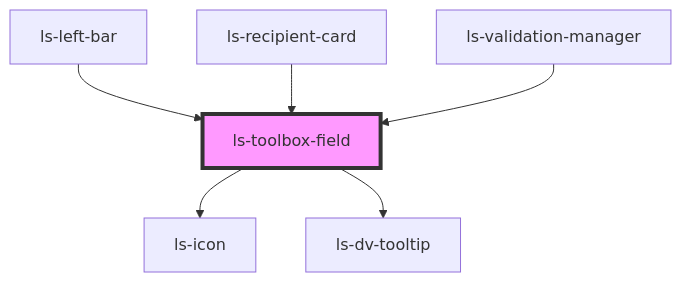
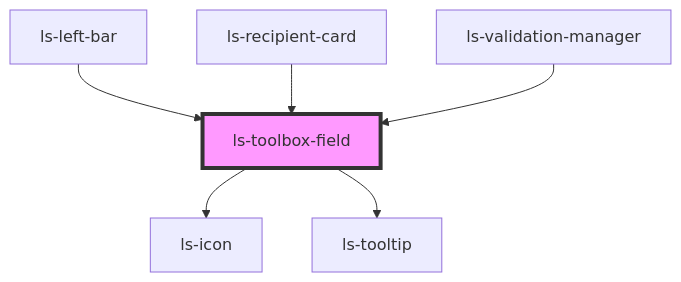
One commit to legalesign/ls-document-viewer changed the diagram in src/components/ls-toolbox-field/readme.md. Above: the diagram before and after it, drawn with Mermaid. The commit also changed other lines of this file and 52 other files, not shown here.

````diff
--- a/src/components/ls-toolbox-field/readme.md
+++ b/src/components/ls-toolbox-field/readme.md
@@ -47,9 +47,9 @@
 ```mermaid
 graph TD;
   ls-toolbox-field --> ls-icon
-  ls-toolbox-field --> ls-dv-tooltip
+  ls-toolbox-field --> ls-tooltip
   ls-left-bar --> ls-toolbox-field
   ls-recipient-card --> ls-toolbox-field
   ls-validation-manager --> ls-toolbox-field
   style ls-toolbox-field fill:#f9f,stroke:#333,stroke-width:4px
 ```
````
